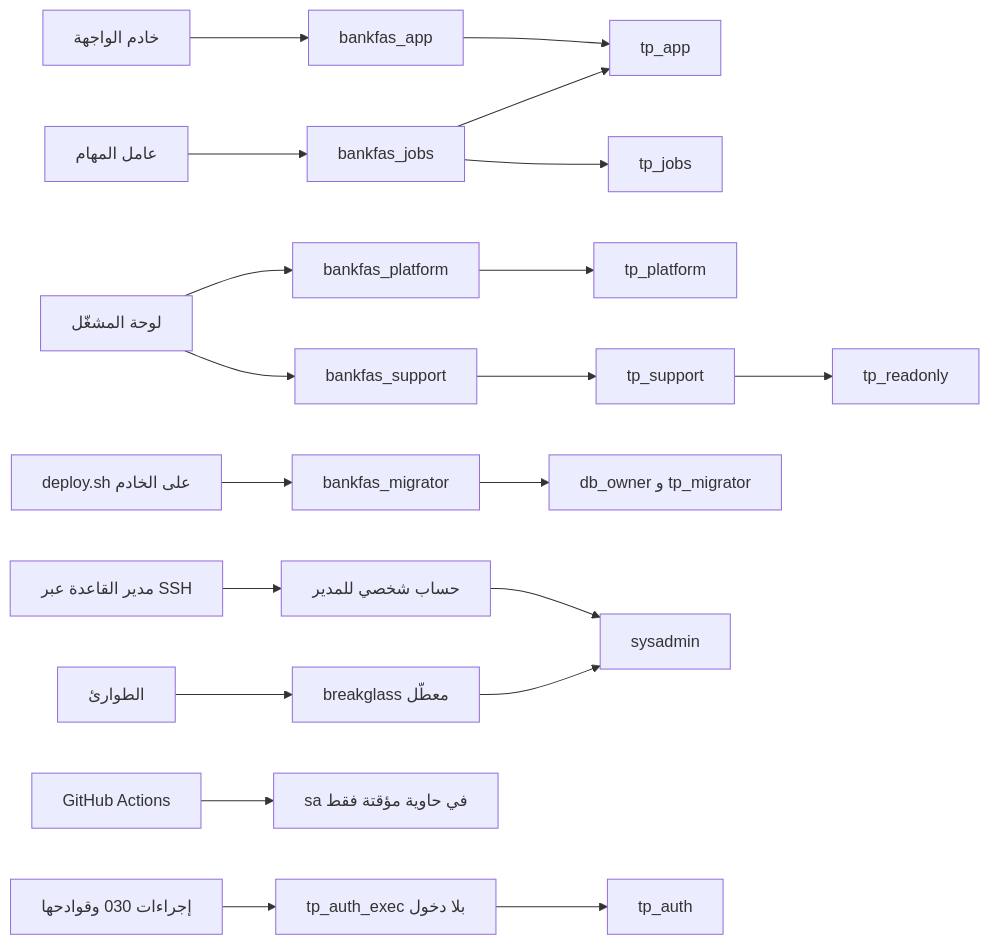
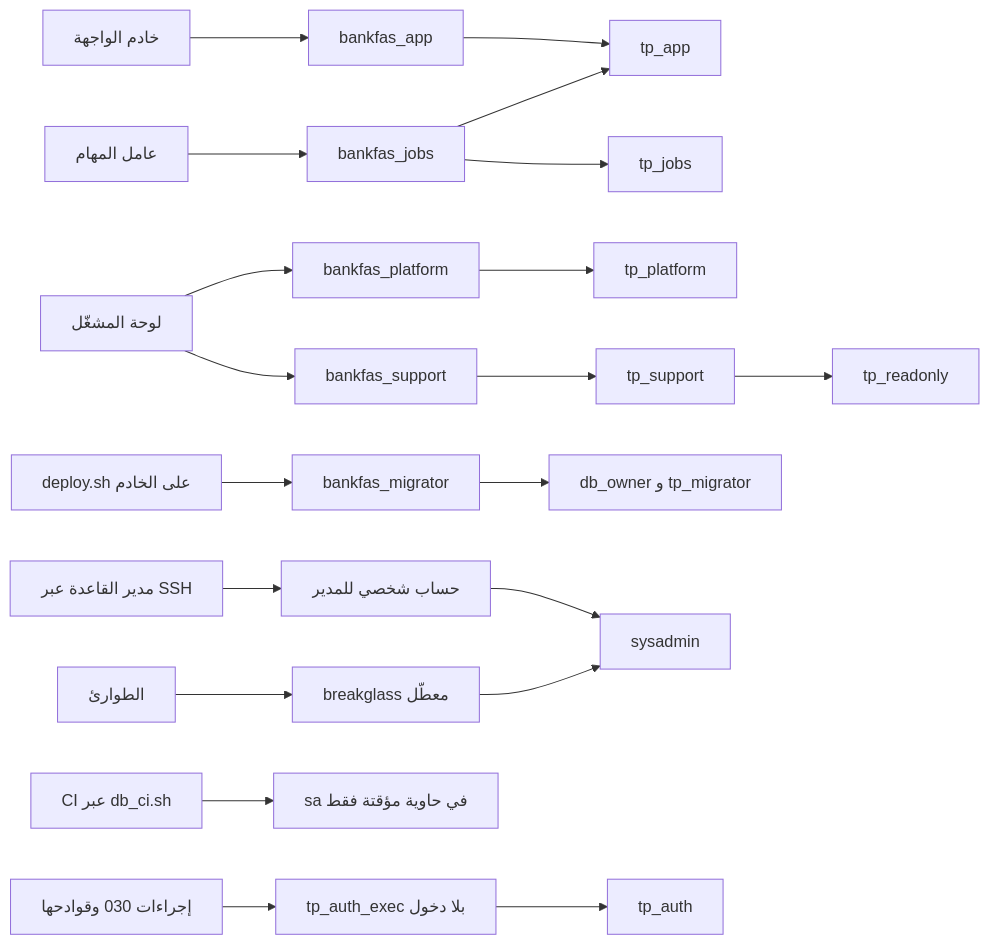
The first of 2 diagrams in treasury-platform/docs/30-readiness/DOC-S08-database-access-model-and-secrets.md (thawrasy/smartlines), drawn with Mermaid before and after one commit. The commit also changed other lines of this file and 32 other files, not shown here.

````diff
--- a/treasury-platform/docs/30-readiness/DOC-S08-database-access-model-and-secrets.md
+++ b/treasury-platform/docs/30-readiness/DOC-S08-database-access-model-and-secrets.md
@@ -36,22 +36,22 @@
 ```mermaid
 flowchart LR
   WEB["خادم الواجهة"] --> L1["bankfas_app"]
   WRK["عامل المهام"] --> L2["bankfas_jobs"]
   CON["لوحة المشغّل"] --> L3["bankfas_platform"]
   CON --> L4["bankfas_support"]
   DEP["deploy.sh على الخادم"] --> L5["bankfas_migrator"]
   DBA["مدير القاعدة عبر SSH"] --> L6["حساب شخصي للمدير"]
   BG["الطوارئ"] --> L7["breakglass معطّل"]
-  CI["GitHub Actions"] --> SA["sa في حاوية مؤقتة فقط"]
+  CI["CI عبر db_ci.sh"] --> SA["sa في حاوية مؤقتة فقط"]
   L1 --> R1["tp_app"]
   L2 --> R1
   L2 --> R2["tp_jobs"]
   L3 --> R3["tp_platform"]
   L4 --> R4["tp_support"]
   R4 --> R5["tp_readonly"]
   L5 --> R6["db_owner و tp_migrator"]
   L6 --> R7["sysadmin"]
   L7 --> R7
   PR["إجراءات 030 وقوادحها"] --> U["tp_auth_exec بلا دخول"]
   U --> R8["tp_auth"]
 ```
````
